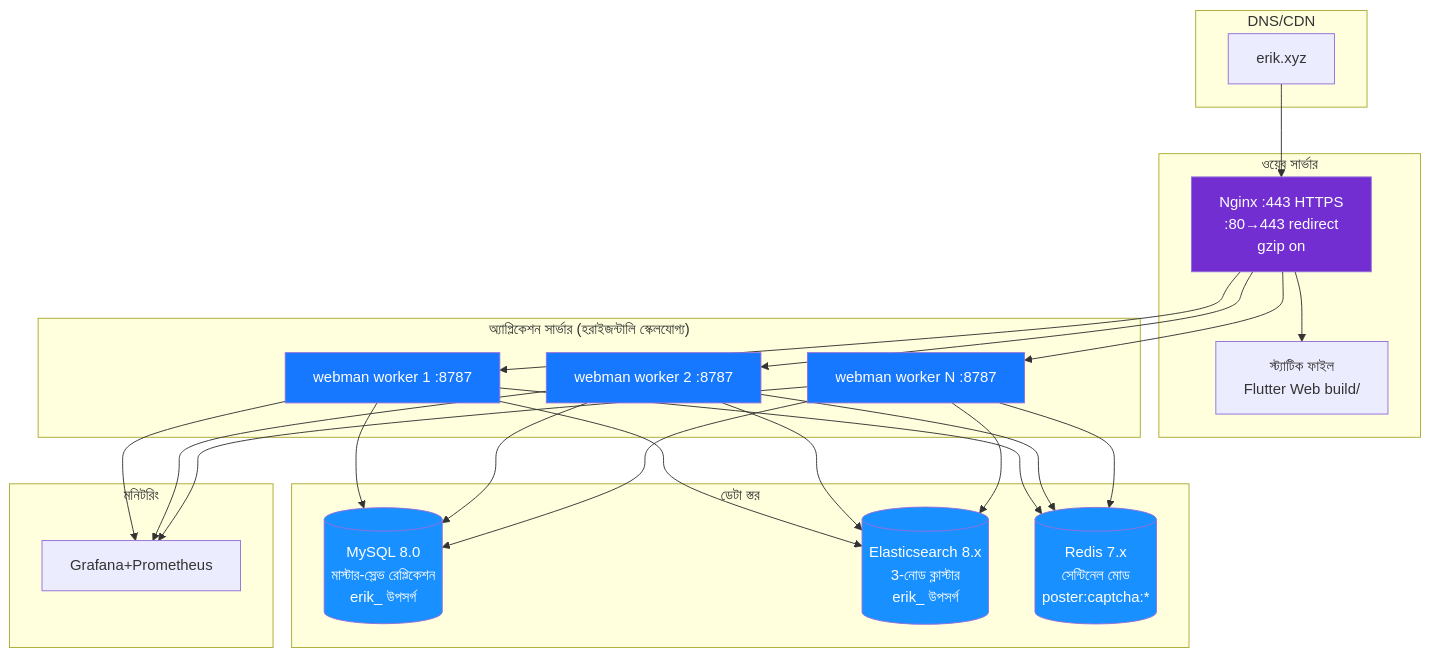
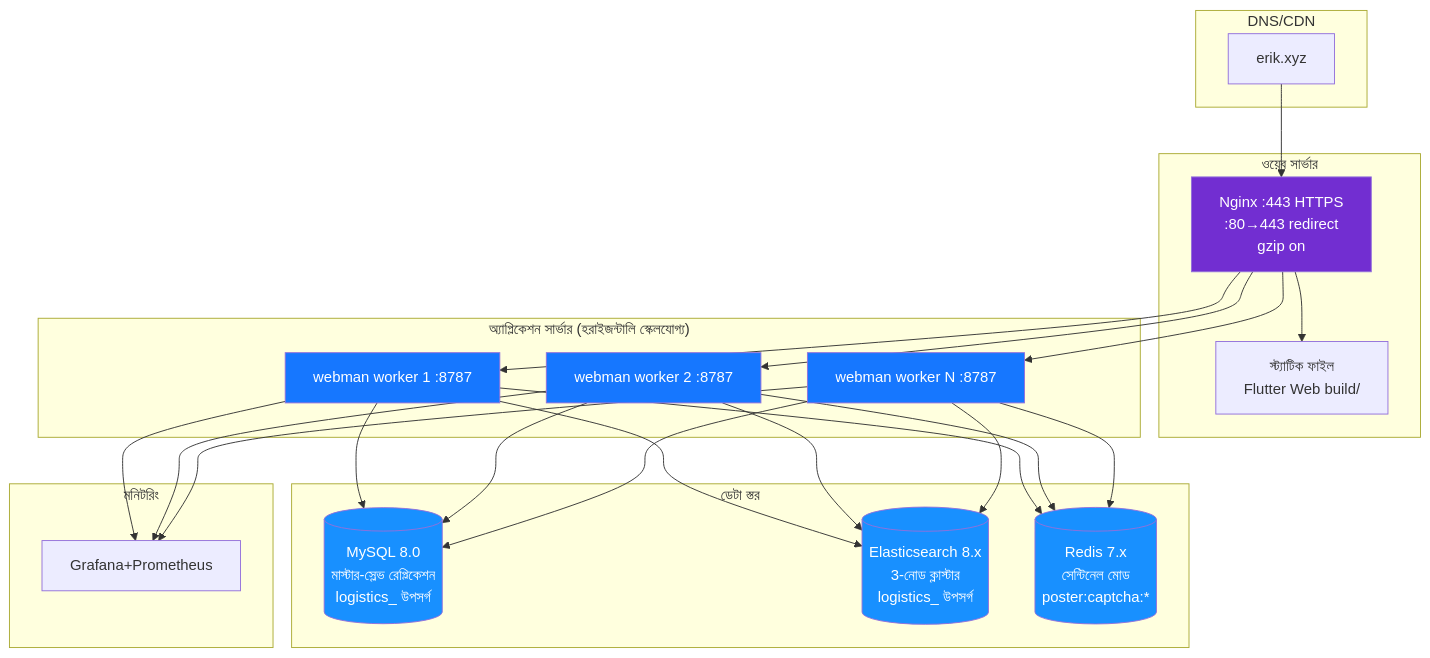
Before and after one commit to erikwang2013/integrated-global-logistics: the diagram in admin/docs/diagrams/12-deployment.bn.md, drawn with Mermaid. The commit also changed 211 other files, not shown here.

````diff
--- a/admin/docs/diagrams/12-deployment.bn.md
+++ b/admin/docs/diagrams/12-deployment.bn.md
@@ -7,45 +7,45 @@
 ```mermaid
 flowchart TB
     subgraph dns["DNS/CDN"]
         domain["erik.xyz"]
     end
 
     subgraph web["ওয়েব সার্ভার"]
         nginx["Nginx :443 HTTPS<br/>:80→443 redirect<br/>gzip on"]
         static["স্ট্যাটিক ফাইল<br/>Flutter Web build/"]
     end
 
     subgraph app["অ্যাপ্লিকেশন সার্ভার (হরাইজন্টালি স্কেলযোগ্য)"]
         wm1["webman worker 1 :8787"]
         wm2["webman worker 2 :8787"]
         wm3["webman worker N :8787"]
     end
 
     subgraph data["ডেটা স্তর"]
-        mysql[("MySQL 8.0<br/>মাস্টার-স্লেভ রেপ্লিকেশন<br/>erik_ উপসর্গ")]
-        es[("Elasticsearch 8.x<br/>3-নোড ক্লাস্টার<br/>erik_ উপসর্গ")]
+        mysql[("MySQL 8.0<br/>মাস্টার-স্লেভ রেপ্লিকেশন<br/>logistics_ উপসর্গ")]
+        es[("Elasticsearch 8.x<br/>3-নোড ক্লাস্টার<br/>logistics_ উপসর্গ")]
         redis[("Redis 7.x<br/>সেন্টিনেল মোড<br/>poster:captcha:*")]
     end
 
     subgraph monitor["মনিটরিং"]
         grafana["Grafana+Prometheus"]
     end
 
     domain --> nginx
     nginx --> static
     nginx --> wm1
     nginx --> wm2
     nginx --> wm3
     wm1 & wm2 & wm3 --> mysql
     wm1 & wm2 & wm3 --> es
     wm1 & wm2 & wm3 --> redis
     wm1 & wm2 & wm3 --> grafana
 
     style nginx fill:#722ED1,color:#fff
     style wm1 fill:#1677FF,color:#fff
     style wm2 fill:#1677FF,color:#fff
     style wm3 fill:#1677FF,color:#fff
     style mysql fill:#1890FF,color:#fff
     style es fill:#1890FF,color:#fff
     style redis fill:#1890FF,color:#fff
 ```
````
